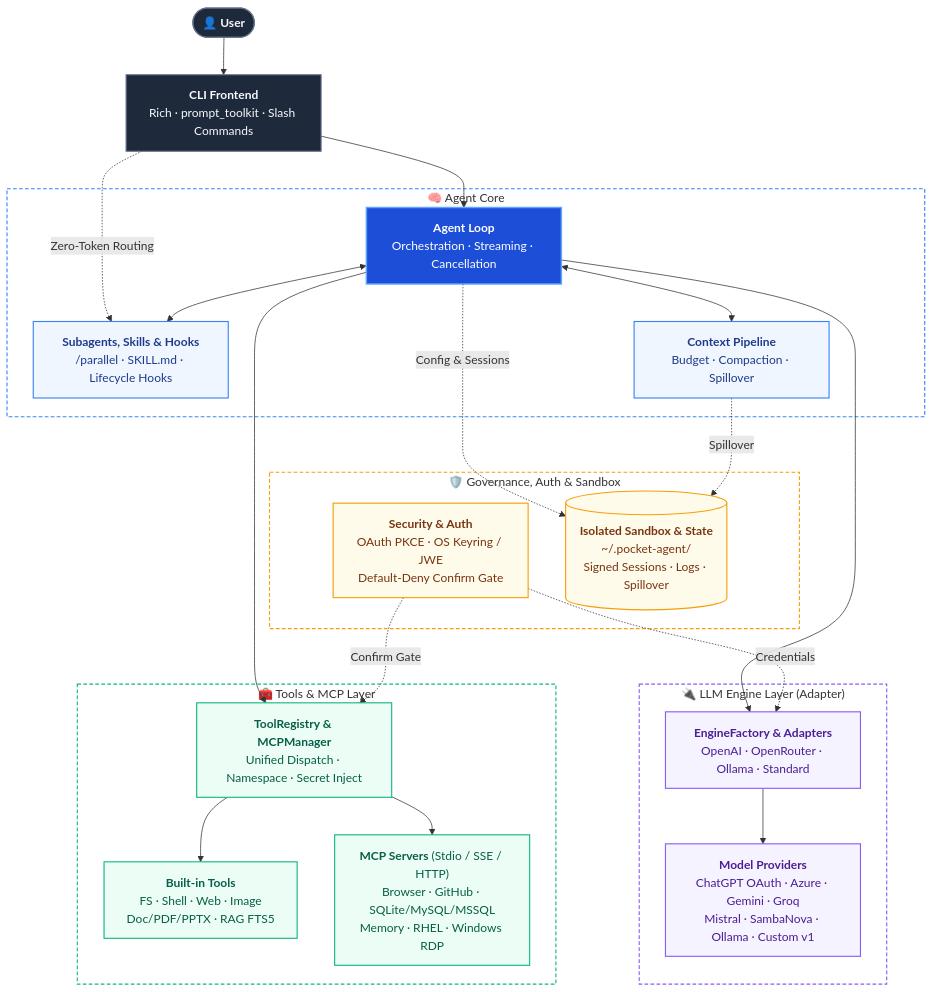
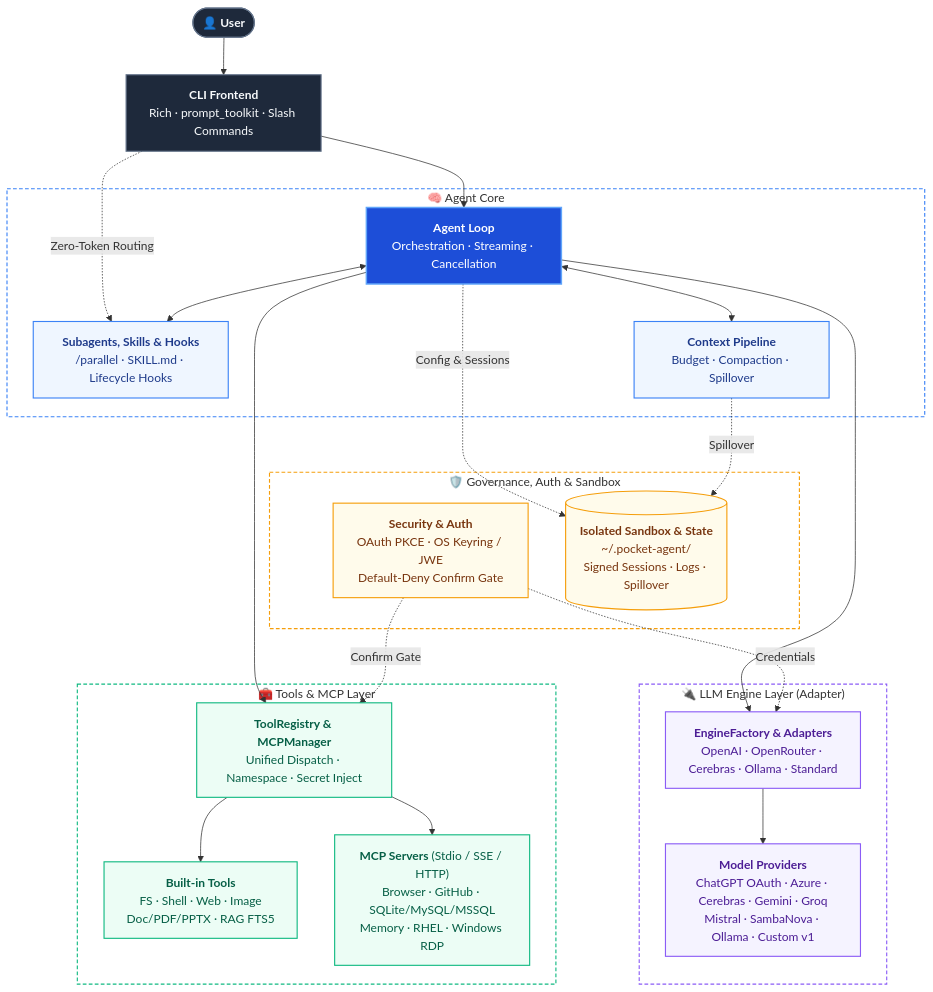
One commit to zanta0529/pocket-agent changed the diagram in README.md. Above: the diagram before and after it, drawn with Mermaid. The commit also changed other lines of this file and 18 other files, not shown here.

````diff
--- a/README.md
+++ b/README.md
@@ -227,60 +227,60 @@
 ```mermaid
 flowchart TB
     User(["👤 <b>User</b>"]) --> CLI["<b>CLI Frontend</b><br/>Rich · prompt_toolkit · Slash Commands"]
 
     CLI --> Agent
     CLI -.->|"Zero-Token Routing"| Extensions
 
     subgraph Core["🧠 Agent Core"]
         Agent["<b>Agent Loop</b><br/>Orchestration · Streaming · Cancellation"]
         Context["<b>Context Pipeline</b><br/>Budget · Compaction · Spillover"]
         Extensions["<b>Subagents, Skills & Hooks</b><br/>/parallel · SKILL.md · Lifecycle Hooks"]
         Agent <--> Context
         Agent <--> Extensions
     end
 
     subgraph Engines["🔌 LLM Engine Layer (Adapter)"]
-        EngineAdapters["<b>EngineFactory & Adapters</b><br/>OpenAI · OpenRouter · Ollama · Standard"]
-        LLMProviders["<b>Model Providers</b><br/>ChatGPT OAuth · Azure · Gemini · Groq<br/>Mistral · SambaNova · Ollama · Custom v1"]
+        EngineAdapters["<b>EngineFactory & Adapters</b><br/>OpenAI · OpenRouter · Cerebras · Ollama · Standard"]
+        LLMProviders["<b>Model Providers</b><br/>ChatGPT OAuth · Azure · Cerebras · Gemini · Groq<br/>Mistral · SambaNova · Ollama · Custom v1"]
         EngineAdapters --> LLMProviders
     end
 
     subgraph Tools["🧰 Tools & MCP Layer"]
         ToolRegistry["<b>ToolRegistry & MCPManager</b><br/>Unified Dispatch · Namespace · Secret Inject"]
         BuiltinTools["<b>Built-in Tools</b><br/>FS · Shell · Web · Image<br/>Doc/PDF/PPTX · RAG FTS5"]
         MCPServers["<b>MCP Servers</b> (Stdio / SSE / HTTP)<br/>Browser · GitHub · SQLite/MySQL/MSSQL<br/>Memory · RHEL · Windows RDP"]
         ToolRegistry --> BuiltinTools
         ToolRegistry --> MCPServers
     end
 
     subgraph Infra["🛡️ Governance, Auth & Sandbox"]
         Security["<b>Security & Auth</b><br/>OAuth PKCE · OS Keyring / JWE<br/>Default-Deny Confirm Gate"]
         LocalState[("<b>Isolated Sandbox & State</b><br/>~/.pocket-agent/<br/>Signed Sessions · Logs · Spillover")]
     end
 
     Agent --> EngineAdapters
     Agent --> ToolRegistry
     Security -.->|"Credentials"| EngineAdapters
     Security -.->|"Confirm Gate"| ToolRegistry
     Agent -.->|"Config & Sessions"| LocalState
     Context -.->|"Spillover"| LocalState
 
     classDef entry fill:#1e293b,stroke:#64748b,stroke-width:1.5px,color:#f8fafc
     classDef hero fill:#1d4ed8,stroke:#60a5fa,stroke-width:2px,color:#ffffff
     classDef coreSub fill:#eff6ff,stroke:#3b82f6,stroke-width:1.5px,color:#1e3a8a
     classDef engine fill:#f5f3ff,stroke:#8b5cf6,stroke-width:1.5px,color:#4c1d95
     classDef tool fill:#ecfdf5,stroke:#10b981,stroke-width:1.5px,color:#065f46
     classDef infra fill:#fffbeb,stroke:#f59e0b,stroke-width:1.5px,color:#78350f
 
     class User,CLI entry
     class Agent hero
     class Context,Extensions coreSub
     class EngineAdapters,LLMProviders engine
     class ToolRegistry,BuiltinTools,MCPServers tool
     class Security,LocalState infra
 
     style Core fill:transparent,stroke:#3b82f6,stroke-width:1.5px,stroke-dasharray:5 3
     style Engines fill:transparent,stroke:#8b5cf6,stroke-width:1.5px,stroke-dasharray:5 3
     style Tools fill:transparent,stroke:#10b981,stroke-width:1.5px,stroke-dasharray:5 3
     style Infra fill:transparent,stroke:#f59e0b,stroke-width:1.5px,stroke-dasharray:5 3
 ```
````
